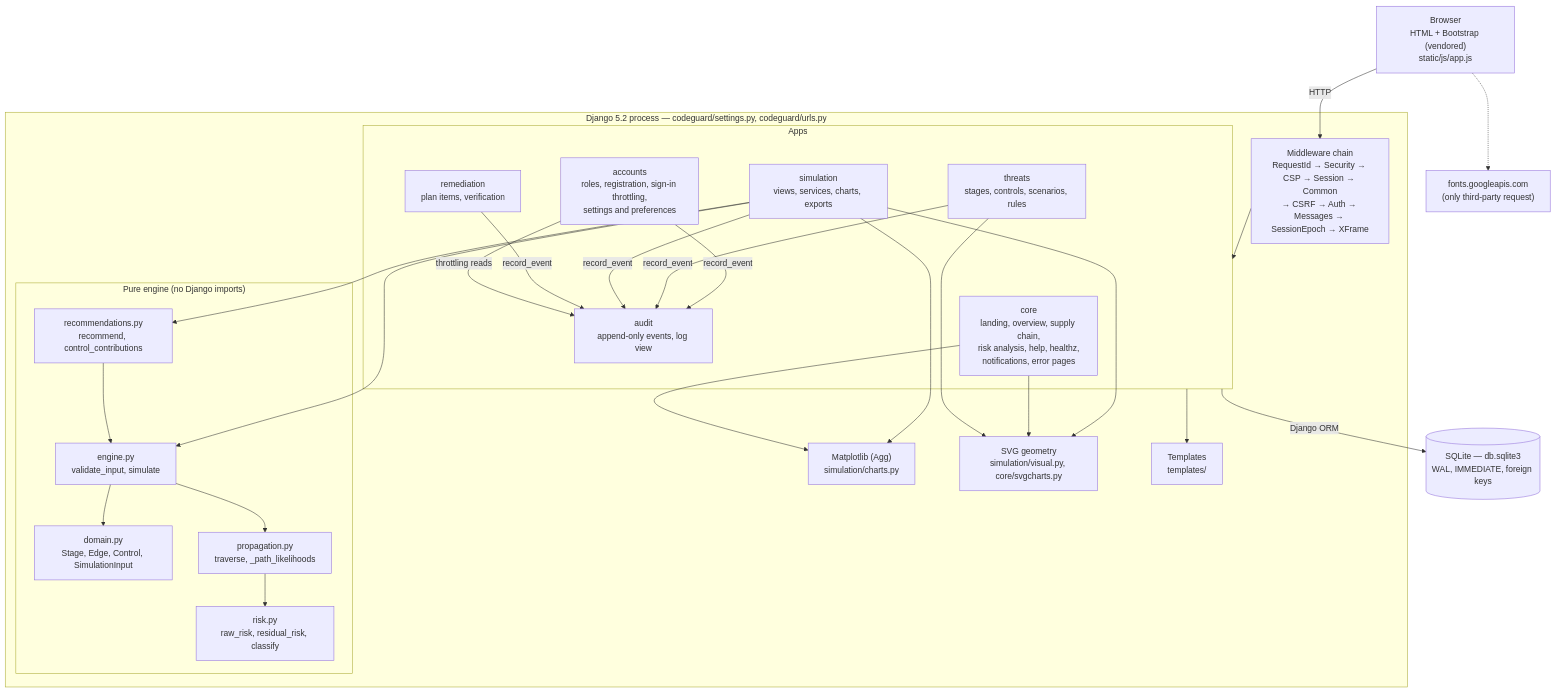
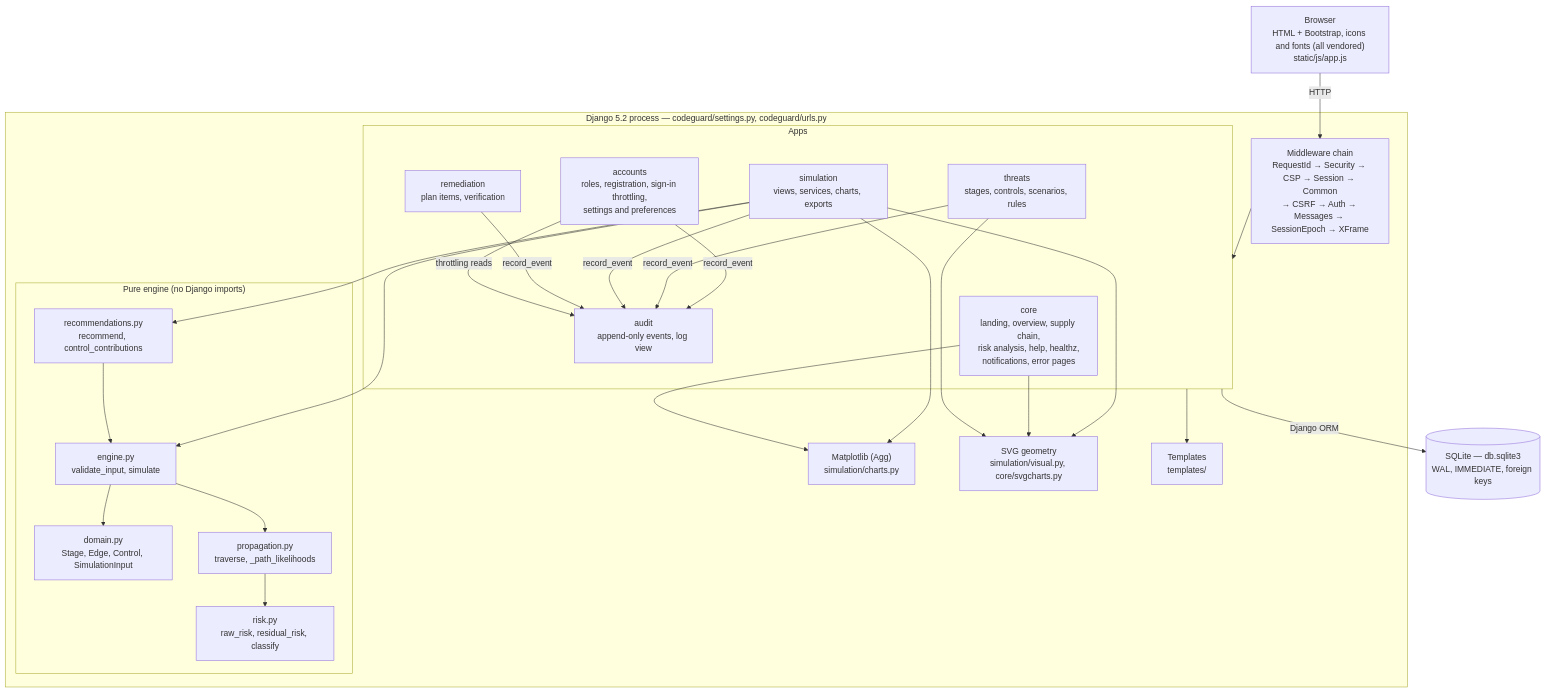
One commit to bsclmr111626/software-engineering-project changed the diagram in docs/complete/diagrams/architecture.md. Above: the diagram before and after it, drawn with Mermaid. The commit also changed 24 other files, not shown here.

````diff
--- a/docs/complete/diagrams/architecture.md
+++ b/docs/complete/diagrams/architecture.md
@@ -7,49 +7,47 @@
 ```mermaid
 flowchart TB
-    browser["Browser<br/>HTML + Bootstrap (vendored)<br/>static/js/app.js"]
-    fonts["fonts.googleapis.com<br/>(only third-party request)"]
+    browser["Browser<br/>HTML + Bootstrap, icons and fonts (all vendored)<br/>static/js/app.js"]
 
     subgraph django["Django 5.2 process — codeguard/settings.py, codeguard/urls.py"]
         mw["Middleware chain<br/>RequestId → Security → CSP → Session → Common<br/>→ CSRF → Auth → Messages → SessionEpoch → XFrame"]
         subgraph apps["Apps"]
             core["core<br/>landing, overview, supply chain,<br/>risk analysis, help, healthz,<br/>notifications, error pages"]
             accounts["accounts<br/>roles, registration, sign-in throttling,<br/>settings and preferences"]
             threats["threats<br/>stages, controls, scenarios, rules"]
             simulation["simulation<br/>views, services, charts, exports"]
             remediation["remediation<br/>plan items, verification"]
             audit["audit<br/>append-only events, log view"]
         end
         subgraph engine["Pure engine (no Django imports)"]
             domain["domain.py<br/>Stage, Edge, Control, SimulationInput"]
             eng["engine.py<br/>validate_input, simulate"]
             prop["propagation.py<br/>traverse, _path_likelihoods"]
             risk["risk.py<br/>raw_risk, residual_risk, classify"]
             rec["recommendations.py<br/>recommend, control_contributions"]
         end
         mpl["Matplotlib (Agg)<br/>simulation/charts.py"]
         svg["SVG geometry<br/>simulation/visual.py, core/svgcharts.py"]
         tpl["Templates<br/>templates/"]
     end
 
     db[("SQLite — db.sqlite3<br/>WAL, IMMEDIATE, foreign keys")]
 
     browser -->|HTTP| mw --> apps
-    browser -.-> fonts
     simulation --> eng
     eng --> prop --> risk
     eng --> domain
     rec --> eng
     simulation --> rec
     simulation --> mpl
     core --> mpl
     simulation --> svg
     core --> svg
     threats --> svg
     apps --> tpl
     apps -->|Django ORM| db
     accounts -->|record_event| audit
     threats -->|record_event| audit
     simulation -->|record_event| audit
     remediation -->|record_event| audit
     accounts -->|throttling reads| audit
 ```
````
